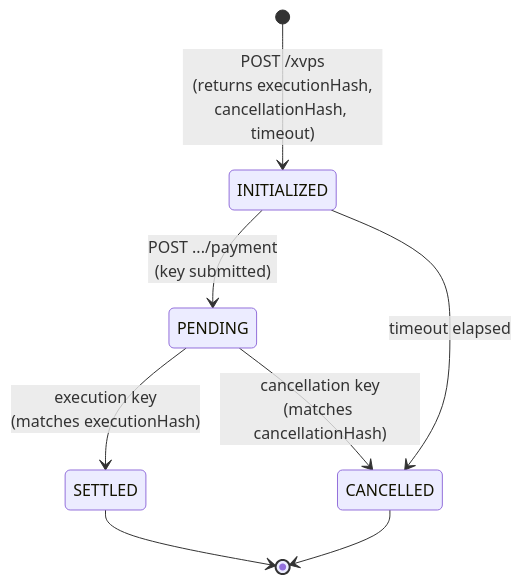
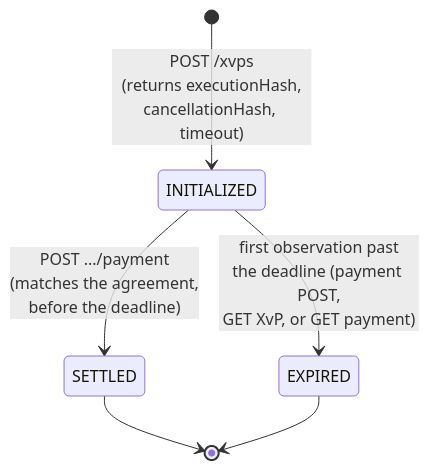
Before and after one commit to digital-assets-work/mock-pontes: the fifth of 5 diagrams in docs/DOMAIN-MODEL.md, drawn with Mermaid. The commit also changed other lines of this file and 8 other files, not shown here.

````diff
--- a/docs/DOMAIN-MODEL.md
+++ b/docs/DOMAIN-MODEL.md
@@ -468,10 +517,8 @@
 ```mermaid
 stateDiagram-v2
   [*] --> INITIALIZED: POST /xvps<br/>(returns executionHash,<br/>cancellationHash, timeout)
-  INITIALIZED --> PENDING: POST .../payment<br/>(key submitted)
-  PENDING --> SETTLED: execution key<br/>(matches executionHash)
-  PENDING --> CANCELLED: cancellation key<br/>(matches cancellationHash)
-  INITIALIZED --> CANCELLED: timeout elapsed
+  INITIALIZED --> SETTLED: POST .../payment<br/>(matches the agreement,<br/>before the deadline)
+  INITIALIZED --> EXPIRED: first observation past<br/>the deadline (payment POST,<br/>GET XvP, or GET payment)
   SETTLED --> [*]
-  CANCELLED --> [*]
+  EXPIRED --> [*]
 ```
````
